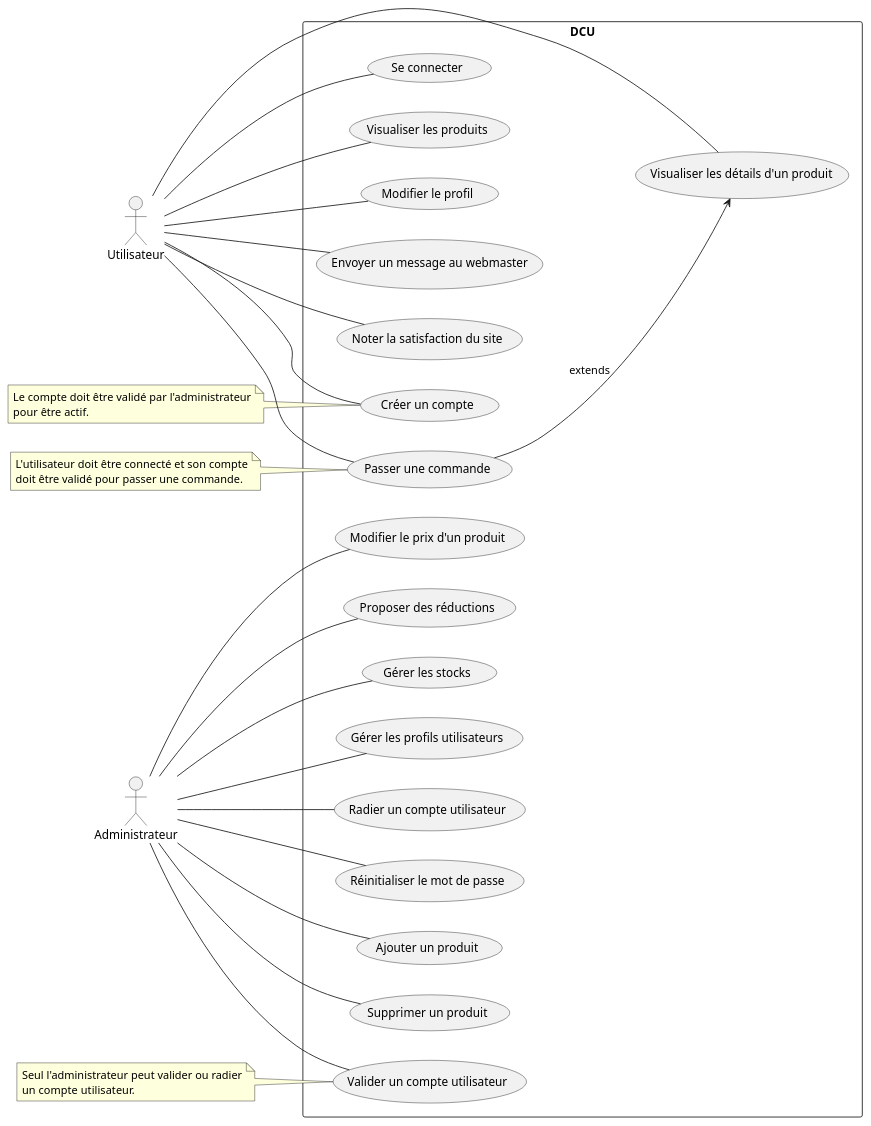
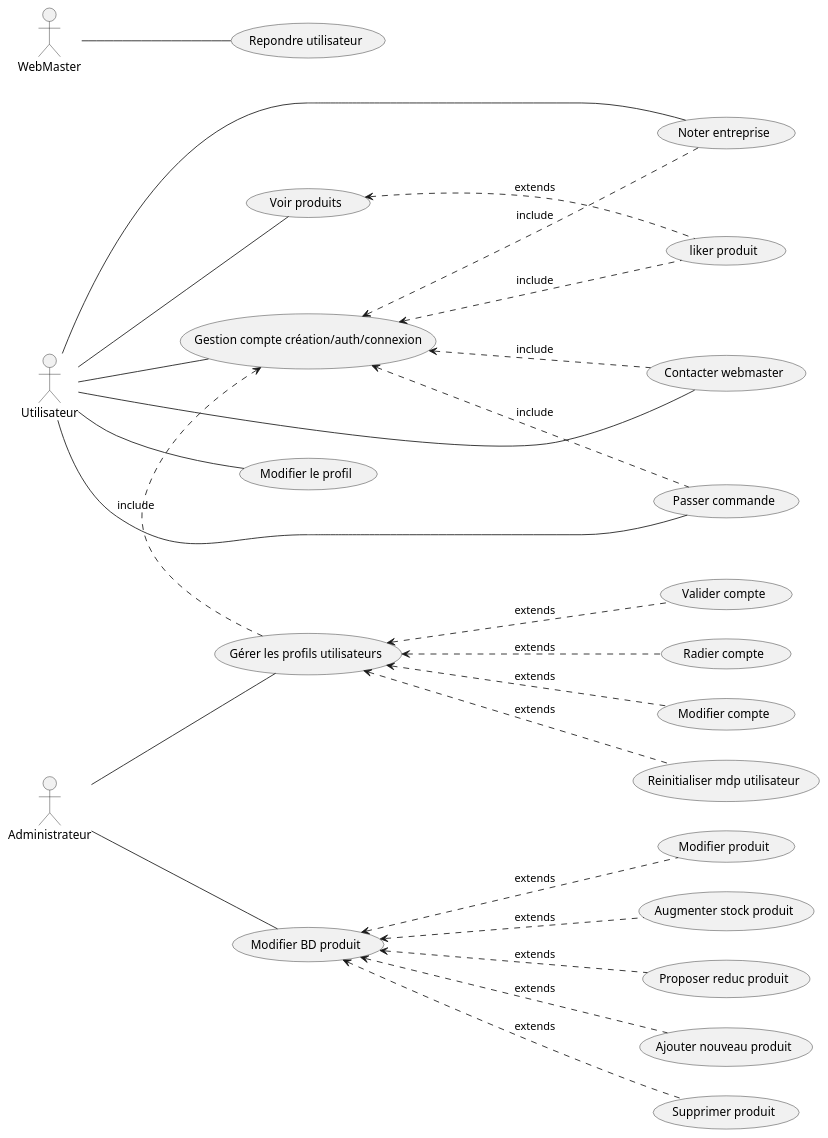
Before and after one commit to hurtcraft/ProjetUML: the diagram in DCU.wsd, drawn with PlantUML.

Commit message:
modif dcu

```diff
--- a/DCU.wsd
+++ b/DCU.wsd
@@ -1,44 +1,44 @@
 @startuml
+' Activer les lignes orthogonales
+'skinparam linetype ortho
 left to right direction
 actor Utilisateur
 actor Administrateur
+actor WebMaster
 
-rectangle "DCU" {
-    Utilisateur -- (Créer un compte)
-    Utilisateur -- (Se connecter)
-    Utilisateur -- (Visualiser les produits)
-    Utilisateur -- (Visualiser les détails d'un produit)
-    Utilisateur -- (Passer une commande)
-    Utilisateur -- (Modifier le profil)
-    Utilisateur -- (Envoyer un message au webmaster)
-    Utilisateur -- (Noter la satisfaction du site)
+Utilisateur -- (Voir produits)
+Utilisateur -- (Contacter webmaster)
+Utilisateur -- (Passer commande)
+Utilisateur -- (Modifier le profil)
+Utilisateur -- (Noter entreprise)
+Utilisateur -- (Gestion compte création/auth/connexion)
 
-    Administrateur -- (Valider un compte utilisateur)
-    Administrateur -- (Radier un compte utilisateur)
-    Administrateur -- (Réinitialiser le mot de passe)
-    Administrateur -- (Ajouter un produit)
-    Administrateur -- (Supprimer un produit)
-    Administrateur -- (Modifier le prix d'un produit)
-    Administrateur -- (Proposer des réductions)
-    Administrateur -- (Gérer les stocks)
-    Administrateur -- (Gérer les profils utilisateurs)
+(liker produit)..u..>(Voir produits):extends
+(liker produit)..u..>(Gestion compte création/auth/connexion):include
 
-    (Passer une commande) --> (Visualiser les détails d'un produit) : extends
-}
+(Contacter webmaster)..u..>(Gestion compte création/auth/connexion):include
+(Passer commande)..u..>(Gestion compte création/auth/connexion):include
+(Noter entreprise)..u..>(Gestion compte création/auth/connexion):include
 
-note left of (Créer un compte)
-    Le compte doit être validé par l'administrateur
-    pour être actif.
-end note
 
-note left of (Valider un compte utilisateur)
-    Seul l'administrateur peut valider ou radier
-    un compte utilisateur.
-end note
+Administrateur -- (Gérer les profils utilisateurs)
+Administrateur -- (Modifier BD produit)
 
-note left of (Passer une commande)
-    L'utilisateur doit être connecté et son compte
-    doit être validé pour passer une commande.
-end note
+(Gérer les profils utilisateurs)..l..>(Gestion compte création/auth/connexion):include
+(Gérer les profils utilisateurs)<....(Reinitialiser mdp utilisateur):extends
+(Gérer les profils utilisateurs)<....(Valider compte):extends
+(Gérer les profils utilisateurs)<....(Radier compte):extends
+(Gérer les profils utilisateurs)<....(Modifier compte):extends
+
+(Modifier BD produit)<....(Augmenter stock produit):extends
+(Modifier BD produit)<....(Proposer reduc produit):extends
+(Modifier BD produit)<....(Ajouter nouveau produit):extends
+(Modifier BD produit)<....(Supprimer produit):extends
+(Modifier BD produit)<....(Modifier produit):extends 
+'(Passer une commande) --> (Visualiser les détails d'un produit) : extends
+
+(WebMaster)--(Repondre utilisateur)
+
+
 
 @enduml
```
